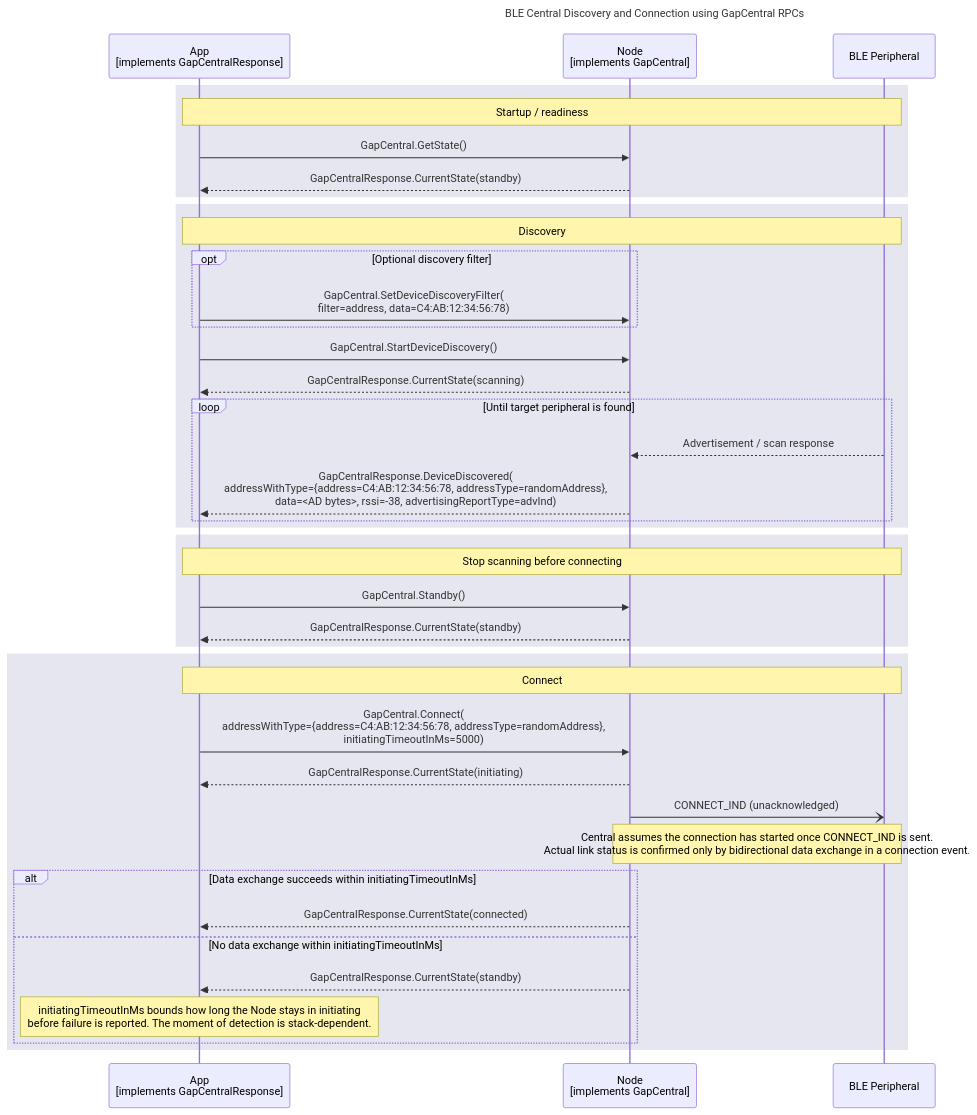
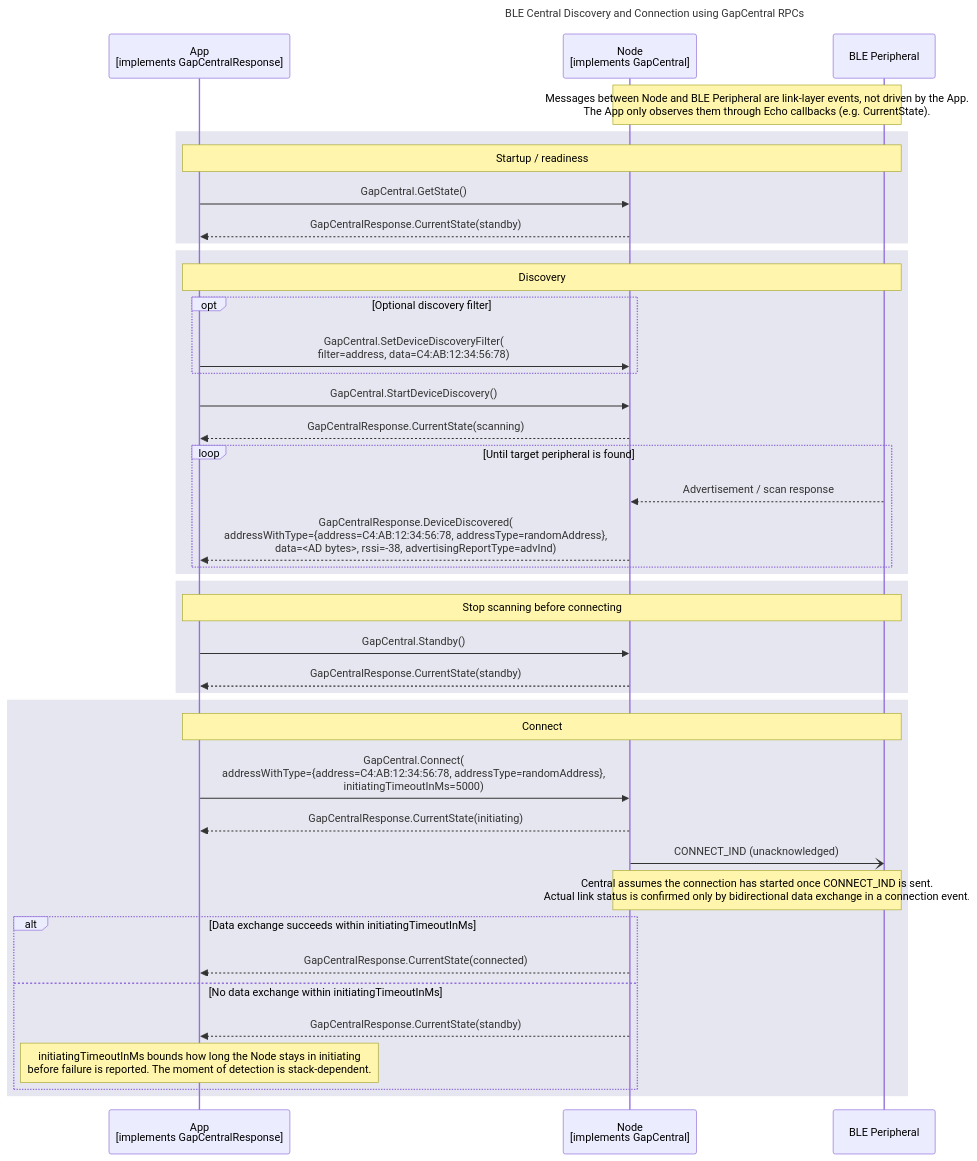
One commit to philips-software/amp-embedded-infra-lib changed the diagram in documents/modules/ROOT/partials/echoservices/gap_central/GapCentral_DiscoveryAndConnection_sequence.mmd. Above: the diagram before and after it, drawn with Mermaid. The commit also changed 5 other files, not shown here.

Commit message:
add note to clarify link layer arrows

```diff
--- a/documents/modules/ROOT/partials/echoservices/gap_central/GapCentral_DiscoveryAndConnection_sequence.mmd
+++ b/documents/modules/ROOT/partials/echoservices/gap_central/GapCentral_DiscoveryAndConnection_sequence.mmd
@@ -1,48 +1,51 @@
 sequenceDiagram
     title BLE Central Discovery and Connection using GapCentral RPCs
 
     participant App as App<br>[implements GapCentralResponse]
     participant Node as Node<br>[implements GapCentral]
     participant Peripheral as BLE Peripheral
+
+
+    Note over Node, Peripheral: Messages between Node and BLE Peripheral are link-layer events, not driven by the App.<br>The App only observes them through Echo callbacks (e.g. CurrentState).
 
     rect rgb(230, 230, 240)
         note over App, Peripheral: Startup / readiness
         App->>Node: GapCentral.GetState()
         Node-->>App: GapCentralResponse.CurrentState(standby)
     end
 
     rect rgb(230, 230, 240)
         note over App, Peripheral: Discovery
         opt Optional discovery filter
             App->>Node: GapCentral.SetDeviceDiscoveryFilter(<br>filter=address, data=C4:AB:12:34:56:78)
         end
         App->>Node: GapCentral.StartDeviceDiscovery()
         Node-->>App: GapCentralResponse.CurrentState(scanning)
 
         loop Until target peripheral is found
             Peripheral-->>Node: Advertisement / scan response
             Node-->>App: GapCentralResponse.DeviceDiscovered(<br>addressWithType={address=C4:AB:12:34:56:78, addressType=randomAddress},<br>data=<AD bytes>, rssi=-38, advertisingReportType=advInd)
         end
     end
 
     rect rgb(230, 230, 240)
         note over App, Peripheral: Stop scanning before connecting
         App->>Node: GapCentral.Standby()
         Node-->>App: GapCentralResponse.CurrentState(standby)
     end
 
     rect rgb(230, 230, 240)
         note over App, Peripheral: Connect
         App->>Node: GapCentral.Connect(<br>addressWithType={address=C4:AB:12:34:56:78, addressType=randomAddress},<br>initiatingTimeoutInMs=5000)
         Node-->>App: GapCentralResponse.CurrentState(initiating)
 
         Node-)Peripheral: CONNECT_IND (unacknowledged)
         Note over Node, Peripheral: Central assumes the connection has started once CONNECT_IND is sent.<br>Actual link status is confirmed only by bidirectional data exchange in a connection event.
 
         alt Data exchange succeeds within initiatingTimeoutInMs
             Node-->>App: GapCentralResponse.CurrentState(connected)
         else No data exchange within initiatingTimeoutInMs
             Node-->>App: GapCentralResponse.CurrentState(standby)
             Note over App: initiatingTimeoutInMs bounds how long the Node stays in initiating<br>before failure is reported. The moment of detection is stack-dependent.
         end
     end
```
